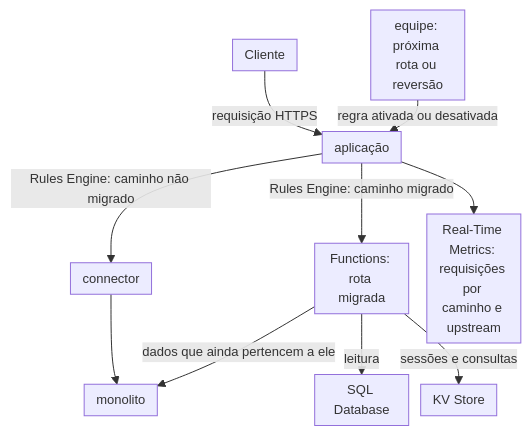
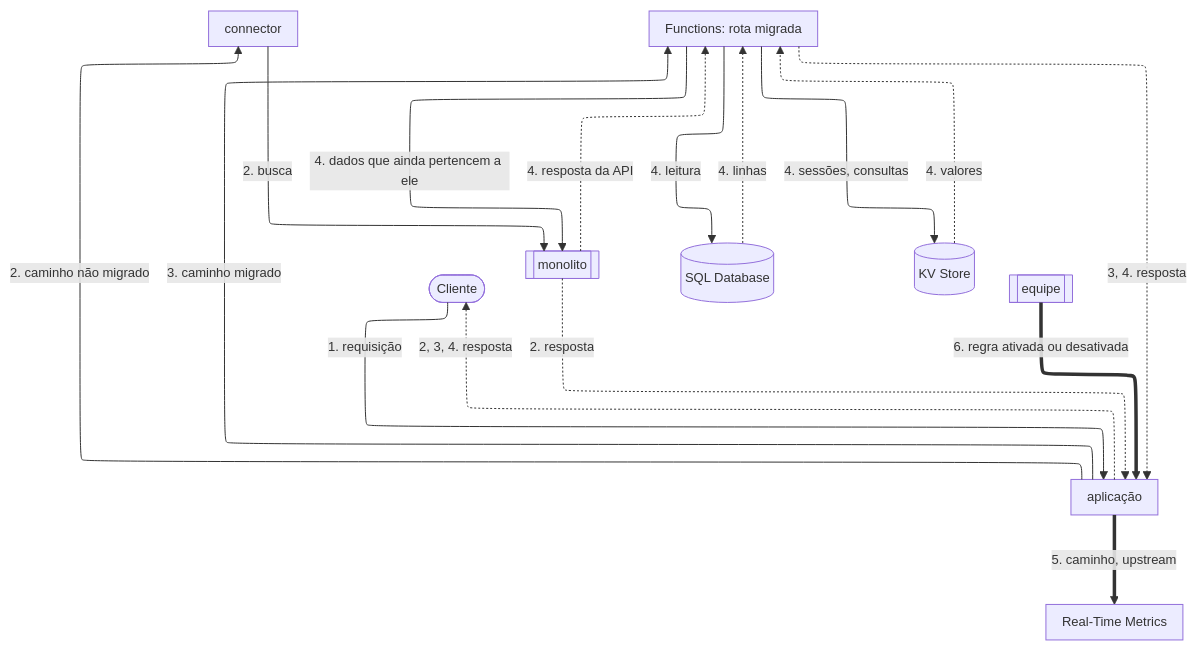
The diagram in apps/docs/src/content/docs/pt-br/pages/arquiteturas/edge-application/application-modernization.mdx (aziontech/docs), drawn with Mermaid before and after one commit. The commit also changed other lines of this file and 179 other files, not shown here.

Commit message:
docs(diagrams): redraw every other diagram in the use-case diagram style (#2513)

````diff
--- a/apps/docs/src/content/docs/pt-br/pages/arquiteturas/edge-application/application-modernization.mdx
+++ b/apps/docs/src/content/docs/pt-br/pages/arquiteturas/edge-application/application-modernization.mdx
@@ -18,13 +20,28 @@
 ```mermaid
-%%{init: {"layout": "dagre", "themeVariables": {"fontSize": "13px"}, "flowchart": {"nodeSpacing": 12, "rankSpacing": 12, "padding": 6, "wrappingWidth": 70, "minNodeWidth": 40, "useMaxWidth": true}}}%%
+%%{init: {"layout": "elk", "elk": {"cycleBreakingStrategy": "MODEL_ORDER"}, "themeVariables": {"fontSize": "13px"}, "flowchart": {"nodeSpacing": 24, "rankSpacing": 36, "padding": 8, "wrappingWidth": 150, "useMaxWidth": true}, "sequence": {"width": 120, "actorMargin": 30, "useMaxWidth": true}}}%%
 flowchart TD
-  Client["Cliente"] -->|"requisição HTTPS"| App["aplicação"]
-  App -->|"Rules Engine: caminho não migrado"| Conn["connector"]
-  Conn --> Monolith["monolito"]
-  App -->|"Rules Engine: caminho migrado"| Fn["Functions: rota migrada"]
-  Fn -->|"leitura"| SQL["SQL Database"]
-  Fn -->|"sessões e consultas"| KV["KV Store"]
-  Fn -->|"dados que ainda pertencem a ele"| Monolith
-  App --> Metrics["Real-Time Metrics: requisições por caminho e upstream"]
-  Team["equipe: próxima rota ou reversão"] -->|"regra ativada ou desativada"| App
+  Client(["Cliente"])
+  App["aplicação"]
+  Conn["connector"]
+  Monolith[["monolito"]]
+  Fn["Functions: rota migrada"]
+  SQL[("SQL Database")]
+  KV[("KV Store")]
+  Metrics["Real-Time Metrics"]
+  Team[["equipe"]]
+  Client -->|"1. requisição"| App
+  App -->|"2. caminho não migrado"| Conn
+  Conn -->|"2. busca"| Monolith
+  App -->|"3. caminho migrado"| Fn
+  Fn -->|"4. leitura"| SQL
+  Fn -->|"4. sessões, consultas"| KV
+  Fn -->|"4. dados que ainda pertencem a ele"| Monolith
+  Monolith -.->|"2. resposta"| App
+  Monolith -.->|"4. resposta da API"| Fn
+  SQL -.->|"4. linhas"| Fn
+  KV -.->|"4. valores"| Fn
+  Fn -.->|"3, 4. resposta"| App
+  App -.->|"2, 3, 4. resposta"| Client
+  App ==>|"5. caminho, upstream"| Metrics
+  Team ==>|"6. regra ativada ou desativada"| App
 ```
````
